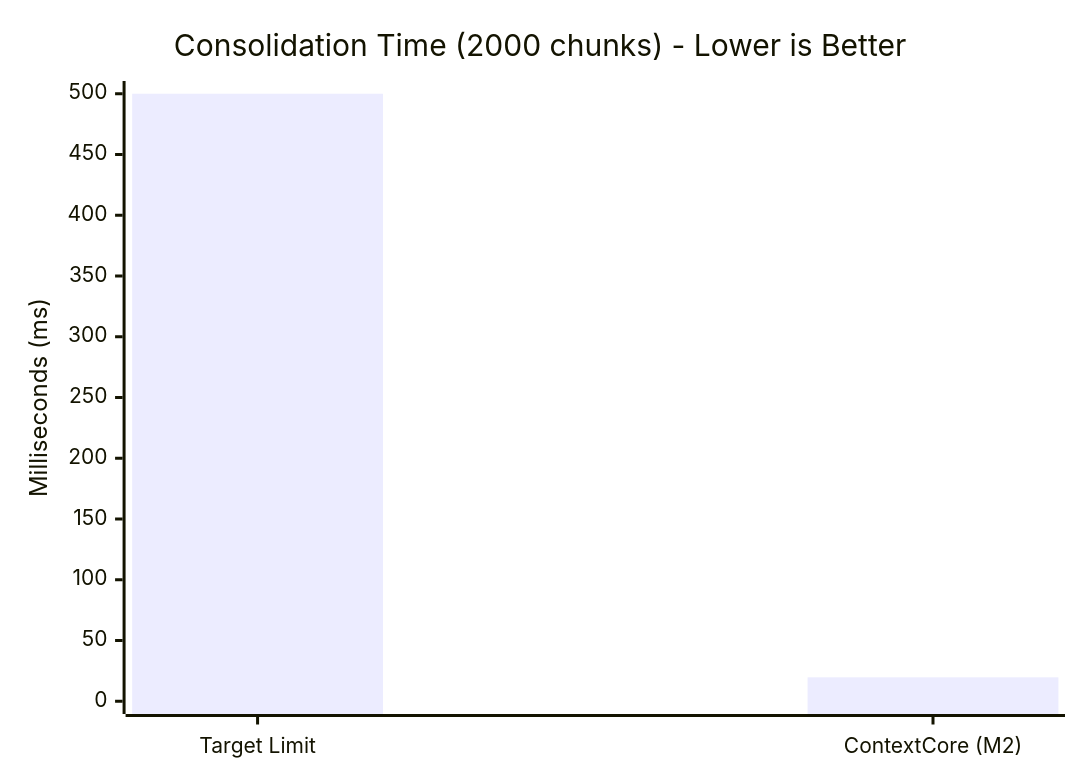
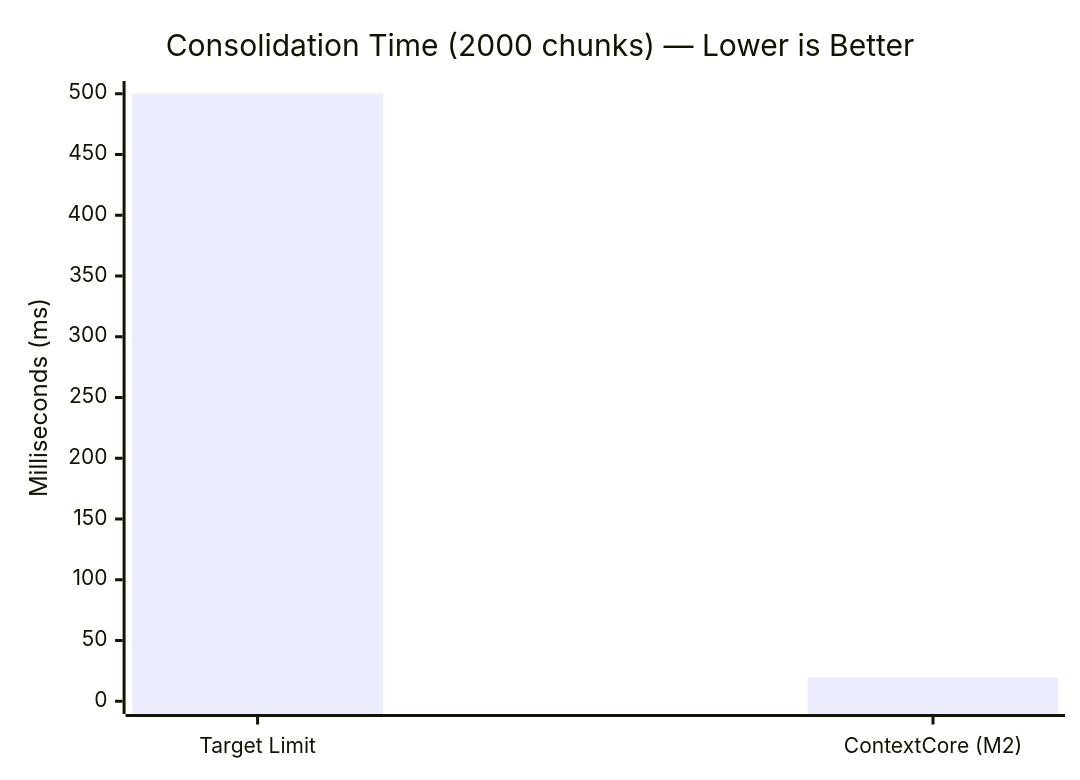
One commit to christopherkarani/ContextCore changed the third of 3 diagrams in README.md. Above: the diagram before and after it, drawn with Mermaid. The commit also changed other lines of this file, not shown here.

````diff
--- a/README.md
+++ b/README.md
@@ -91,7 +158,7 @@
 ```mermaid
 xychart-beta
-    title "Consolidation Time (2000 chunks) - Lower is Better"
+    title "Consolidation Time (2000 chunks) — Lower is Better"
     x-axis ["Target Limit", "ContextCore (M2)"]
     y-axis "Milliseconds (ms)" 0 --> 500
     bar [500.0, 19.7]
 ```
````
